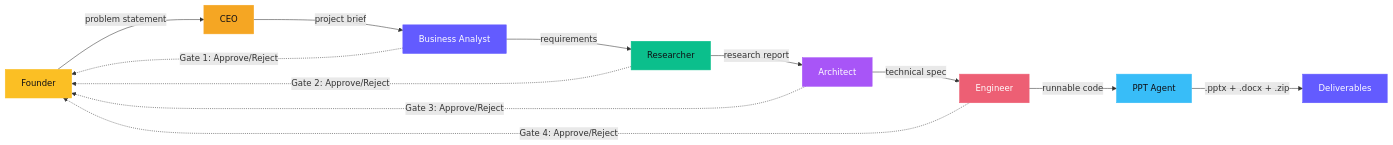
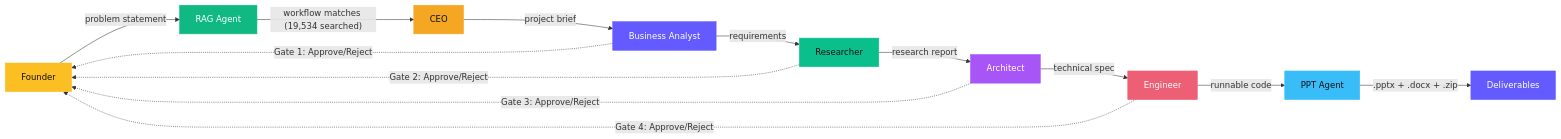
One commit to laknanitish2110-sudo/ai-software-company changed the diagram in vault/Home.md. Above: the diagram before and after it, drawn with Mermaid. The commit also changed other lines of this file and 3 other files, not shown here.

First line of the commit message:
Update vault docs with RAG Workflow Agent (v1.2)

````diff
--- a/vault/Home.md
+++ b/vault/Home.md
@@ -105,25 +106,27 @@
 ```mermaid
 graph LR
-    F["Founder"] -->|problem statement| CEO
+    F["Founder"] -->|problem statement| RAG["RAG Agent"]
+    RAG -->|"workflow matches (19,534 searched)"| CEO
     CEO -->|project brief| BA["Business Analyst"]
     BA -->|requirements| R["Researcher"]
     R -->|research report| A["Architect"]
     A -->|technical spec| E["Engineer"]
     E -->|runnable code| PPT["PPT Agent"]
 
     BA -.->|"Gate 1: Approve/Reject"| F
     R -.->|"Gate 2: Approve/Reject"| F
     A -.->|"Gate 3: Approve/Reject"| F
     E -.->|"Gate 4: Approve/Reject"| F
 
     PPT -->|".pptx + .docx + .zip"| D["Deliverables"]
 
     style CEO fill:#f5a623,stroke:#f5a623,color:#0f0f14
     style BA fill:#635bff,stroke:#635bff,color:#fff
     style R fill:#0bbf8c,stroke:#0bbf8c,color:#0f0f14
     style A fill:#a855f7,stroke:#a855f7,color:#fff
     style E fill:#ed5f74,stroke:#ed5f74,color:#fff
     style PPT fill:#38bdf8,stroke:#38bdf8,color:#0f0f14
     style F fill:#fbbf24,stroke:#fbbf24,color:#0f0f14
+    style RAG fill:#10b981,stroke:#10b981,color:#fff
     style D fill:#635bff,stroke:#635bff,color:#fff
 ```
````
